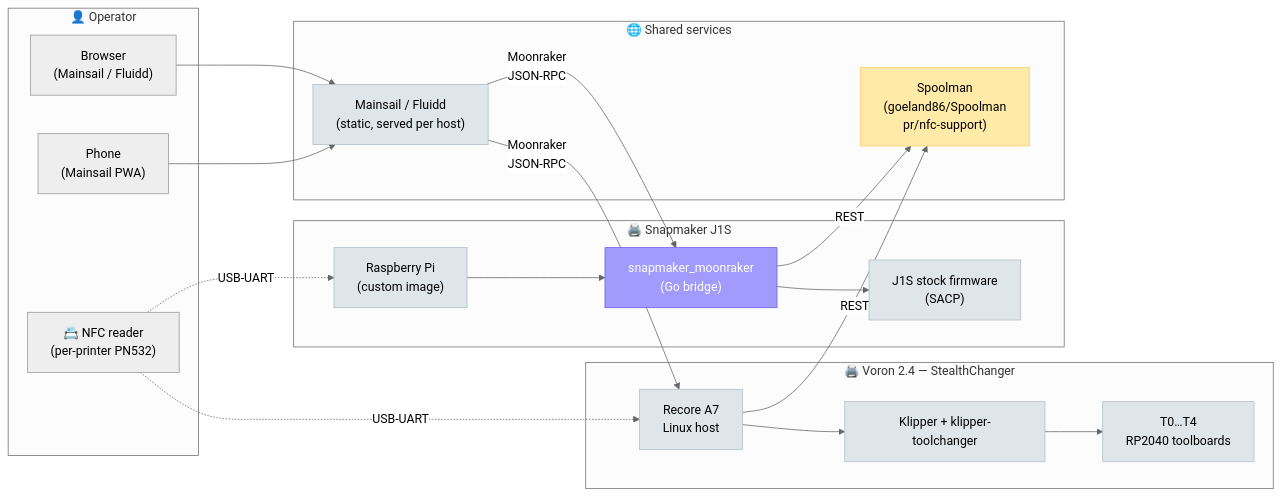
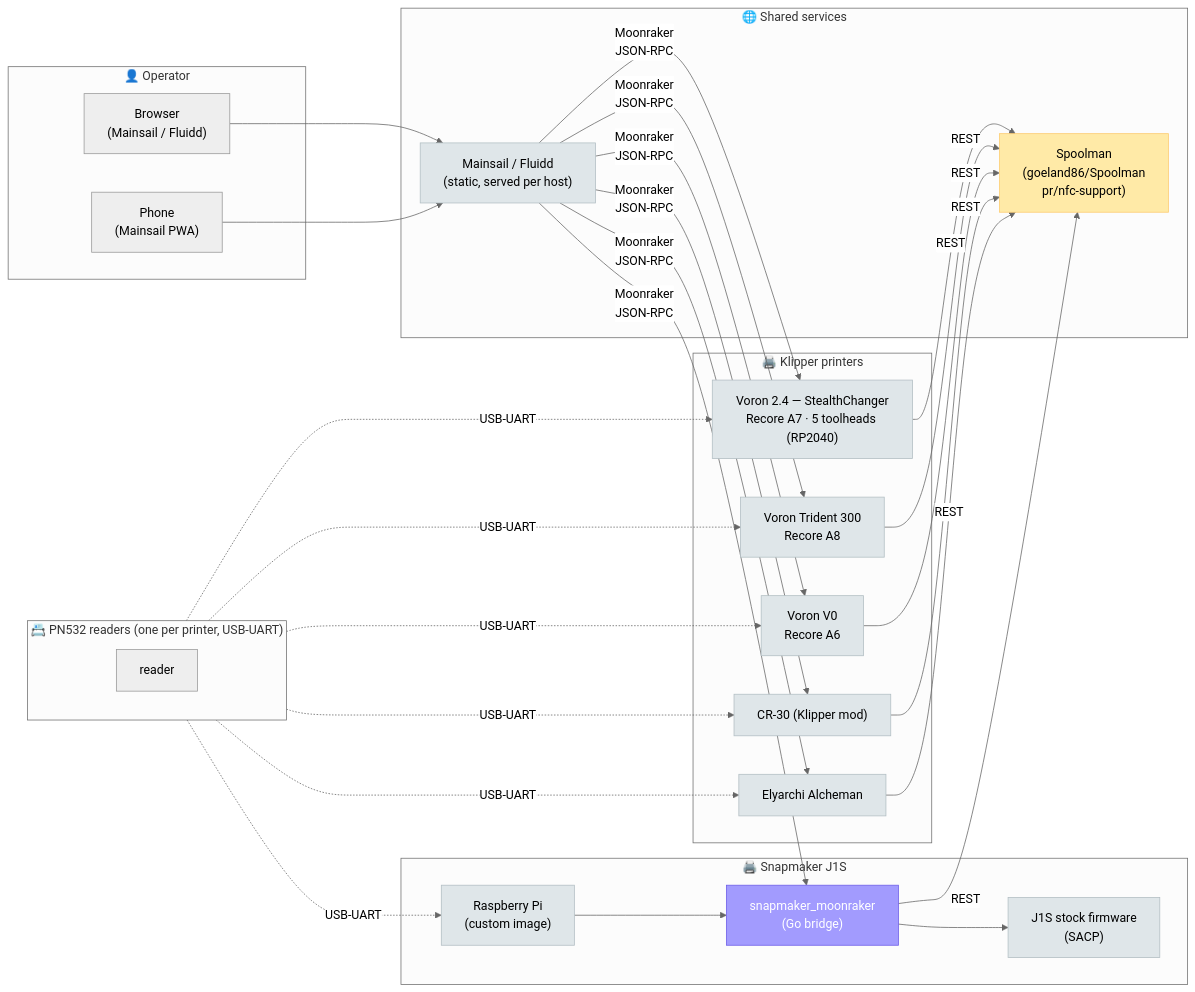
Before and after one commit to goeland86/printing-stack-docs: the first of 2 diagrams in docs/architecture/overview.md, drawn with Mermaid (neutral theme). The commit also changed other lines of this file and 17 other files, not shown here.

````diff
--- a/docs/architecture/overview.md
+++ b/docs/architecture/overview.md
@@ -11,46 +10,62 @@
 ```mermaid
 flowchart LR
     subgraph Operator["👤 Operator"]
         Browser["Browser<br/>(Mainsail / Fluidd)"]
         Phone["Phone<br/>(Mainsail PWA)"]
-        NFCReader["📇 NFC reader<br/>(per-printer PN532)"]
     end
 
-    subgraph Voron["🖨️ Voron 2.4 — StealthChanger"]
-        Recore["Recore A7<br/>Linux host"]
-        Klipper["Klipper + klipper-toolchanger"]
-        T0["T0…T4<br/>RP2040 toolboards"]
-        Recore --> Klipper --> T0
+    subgraph Klipper["🖨️ Klipper printers"]
+        V24["Voron 2.4 — StealthChanger<br/>Recore A7 · 5 toolheads (RP2040)"]
+        Trident["Voron Trident 300<br/>Recore A8"]
+        V0["Voron V0<br/>Recore A6"]
+        CR30["CR-30 (Klipper mod)"]
+        Alcheman["Elyarchi Alcheman"]
     end
 
     subgraph J1S["🖨️ Snapmaker J1S"]
         Pi["Raspberry Pi<br/>(custom image)"]
         Bridge["snapmaker_moonraker<br/>(Go bridge)"]
         J1SFw["J1S stock firmware<br/>(SACP)"]
         Pi --> Bridge --> J1SFw
     end
 
+    subgraph Readers["📇 PN532 readers (one per printer, USB-UART)"]
+        R1[reader]
+    end
+
     subgraph Shared["🌐 Shared services"]
         Spoolman["Spoolman<br/>(goeland86/Spoolman<br/>pr/nfc-support)"]
         Mainsail["Mainsail / Fluidd<br/>(static, served per host)"]
     end
 
     Browser --> Mainsail
     Phone --> Mainsail
-    Mainsail -->|"Moonraker<br/>JSON-RPC"| Recore
+    Mainsail -->|"Moonraker<br/>JSON-RPC"| V24
+    Mainsail -->|"Moonraker<br/>JSON-RPC"| Trident
+    Mainsail -->|"Moonraker<br/>JSON-RPC"| V0
+    Mainsail -->|"Moonraker<br/>JSON-RPC"| CR30
+    Mainsail -->|"Moonraker<br/>JSON-RPC"| Alcheman
     Mainsail -->|"Moonraker<br/>JSON-RPC"| Bridge
 
-    NFCReader -.->|USB-UART| Recore
-    NFCReader -.->|USB-UART| Pi
+    Readers -.->|USB-UART| V24
+    Readers -.->|USB-UART| Trident
+    Readers -.->|USB-UART| V0
+    Readers -.->|USB-UART| CR30
+    Readers -.->|USB-UART| Alcheman
+    Readers -.->|USB-UART| Pi
 
-    Recore -->|REST| Spoolman
+    V24 -->|REST| Spoolman
+    Trident -->|REST| Spoolman
+    V0 -->|REST| Spoolman
+    CR30 -->|REST| Spoolman
+    Alcheman -->|REST| Spoolman
     Bridge -->|REST| Spoolman
 
     classDef fork fill:#ffeaa7,stroke:#fdcb6e,color:#000
     classDef custom fill:#a29bfe,stroke:#6c5ce7,color:#fff
     classDef vanilla fill:#dfe6e9,stroke:#b2bec3,color:#000
 
     class Bridge,Spoolman fork
     class Bridge custom
-    class Klipper,J1SFw,Recore,Pi,T0,Mainsail vanilla
+    class V24,Trident,V0,CR30,Alcheman,J1SFw,Pi,Mainsail vanilla
 ```
````
